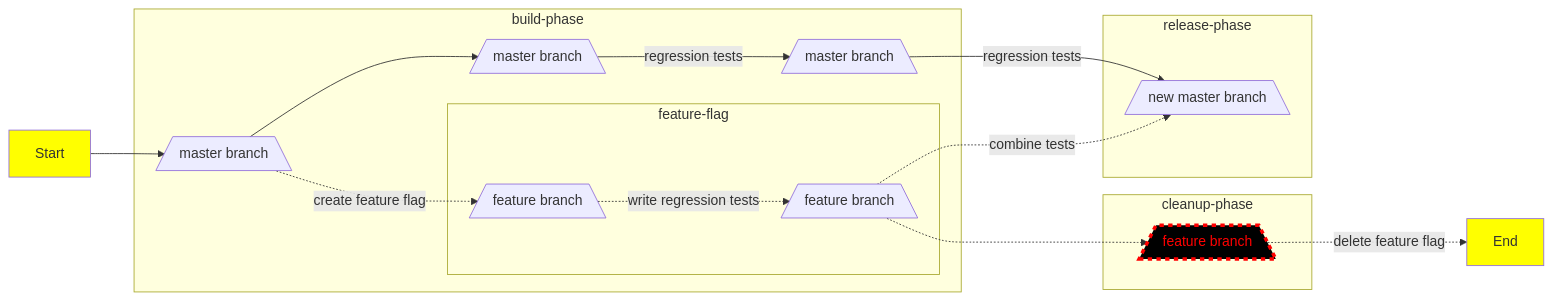
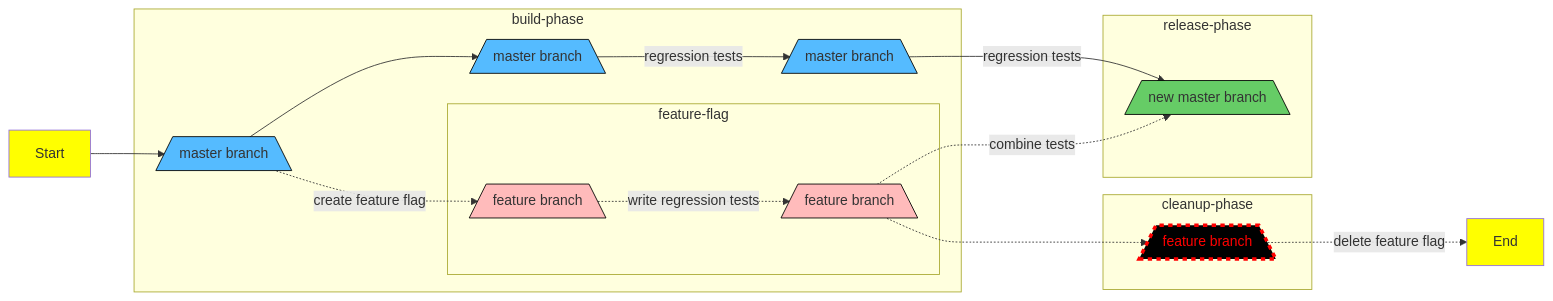
Before and after one commit to jessicahirsch/Mermaid-Diagrams: the diagram in diagrams/diagram1.mmd, drawn with Mermaid.

Commit message:
feat: add classNames and color

```diff
--- a/diagrams/diagram1.mmd
+++ b/diagrams/diagram1.mmd
@@ -1,41 +1,47 @@
 flowchart LR
 
 %% Each phase is one line of code to promote small batches
 %% Two lines of code means smaller batches called for
 
     Y[Start]-->A[/master branch\]
 
     subgraph build-phase
     A[/master branch\]-->AB[/master branch\]
 
     %% Begin top line build phase
     AB[/master branch\]--regression tests-->B[/master branch\]
 
     %% Feature branch is forked from master
     A[/master branch\]-.create feature flag.->C[/feature branch\]
 
     %% Feature developement begins behind flag
     subgraph feature-flag
     C[/feature branch\]-.write regression tests .->D[/feature branch\]
     D[/feature branch\]
     end feature-flag
     end build-phase
 
     subgraph release-phase
     B[/master branch\]--regression tests-->E[/new master branch\]
 
     %% Work is integrated
     D[/feature branch\]-.combine tests .->E[/new master branch\]
     end release-phase
 
     %% Post-experiment cleanup phase
     subgraph cleanup-phase
     D[/feature branch\]-.->F[/feature branch\]
     F[/feature branch\]
     end cleanup-phase
 
     F[/feature branch\]-.delete feature flag.->Z[End]
 
     style Y fill:#ff0
     style Z fill:#ff0
+    style E fill:#6C6,stroke:#000
     style F fill:#000,stroke:#f00,stroke-width:4px,color:#f00,stroke-dasharray: 5 5
+    
+    class A,AB,B masterClass;
+    class C,D featureClass
+    classDef masterClass fill:#5BF,stroke:#000
+    classDef featureClass fill:#FBB,stroke:#000
```
